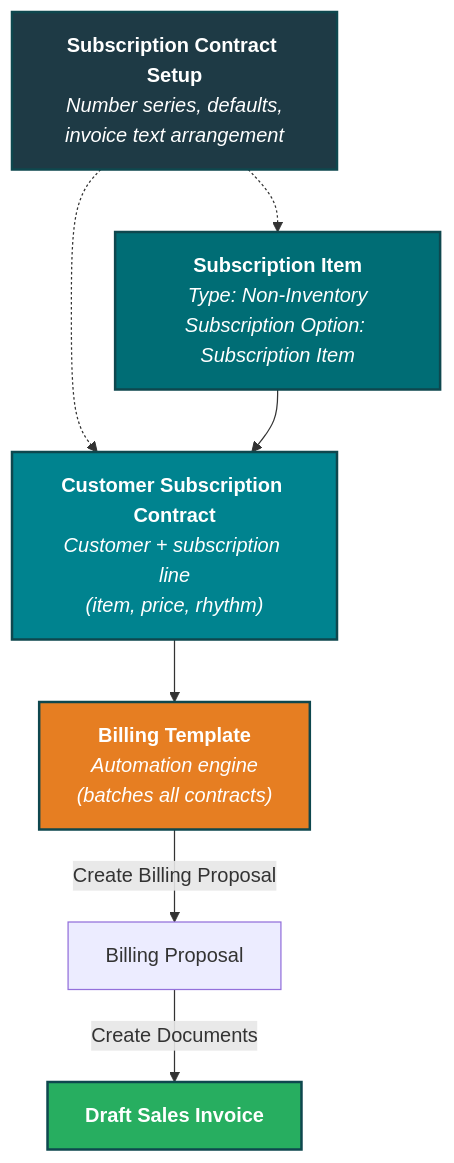
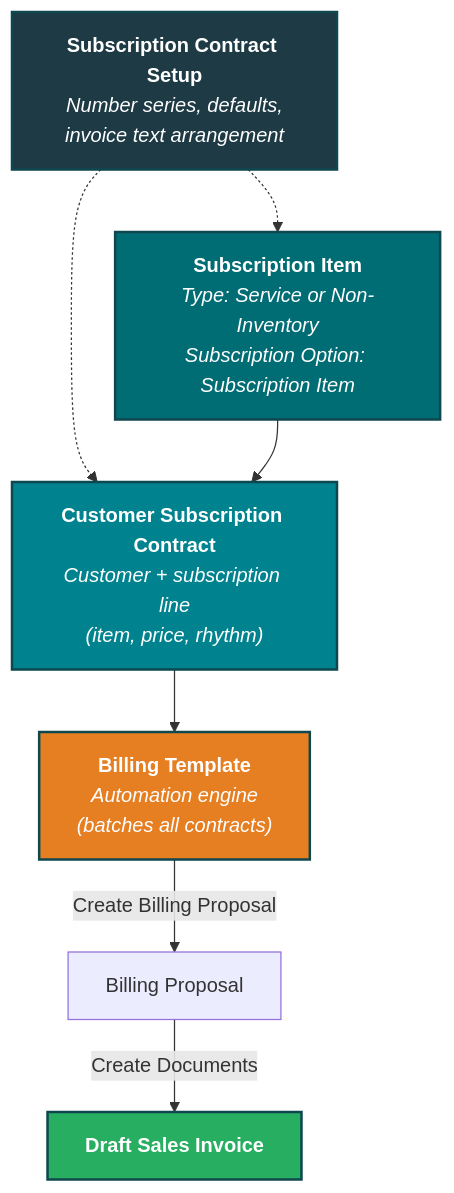
One commit to tentixo/chris-business-central changed the fourth of 6 diagrams in ai/reports/bc-best-practice-playbook.md. Above: the diagram before and after it, drawn with Mermaid. The commit also changed other lines of this file and 2 other files, not shown here.

First line of the commit message:
Correct subscription-item Type guidance: Service OR Non-Inventory

````diff
--- a/ai/reports/bc-best-practice-playbook.md
+++ b/ai/reports/bc-best-practice-playbook.md
@@ -352,22 +352,22 @@
 ```mermaid
 graph TD
     SETUP["<b>Subscription Contract Setup</b><br/><i>Number series, defaults,<br/>invoice text arrangement</i>"]
-    ITEM["<b>Subscription Item</b><br/><i>Type: Non-Inventory<br/>Subscription Option: Subscription Item</i>"]
+    ITEM["<b>Subscription Item</b><br/><i>Type: Service or Non-Inventory<br/>Subscription Option: Subscription Item</i>"]
     CONTRACT["<b>Customer Subscription Contract</b><br/><i>Customer + subscription line<br/>(item, price, rhythm)</i>"]
     TEMPLATE["<b>Billing Template</b><br/><i>Automation engine<br/>(batches all contracts)</i>"]
     PROPOSAL["Billing Proposal"]
     INVOICE["<b>Draft Sales Invoice</b>"]
 
     SETUP -.-> ITEM
     SETUP -.-> CONTRACT
     ITEM --> CONTRACT
     CONTRACT --> TEMPLATE
     TEMPLATE -->|"Create Billing Proposal"| PROPOSAL
     PROPOSAL -->|"Create Documents"| INVOICE
 
     style SETUP fill:#1E3A45,stroke:#0E474E,stroke-width:2px,color:#fff
     style ITEM fill:#006D75,stroke:#0E474E,stroke-width:2px,color:#fff
     style CONTRACT fill:#00838F,stroke:#0E474E,stroke-width:2px,color:#fff
     style TEMPLATE fill:#E67E22,stroke:#0E474E,stroke-width:2px,color:#fff
     style INVOICE fill:#27AE60,stroke:#0E474E,stroke-width:2px,color:#fff
 ```
````
